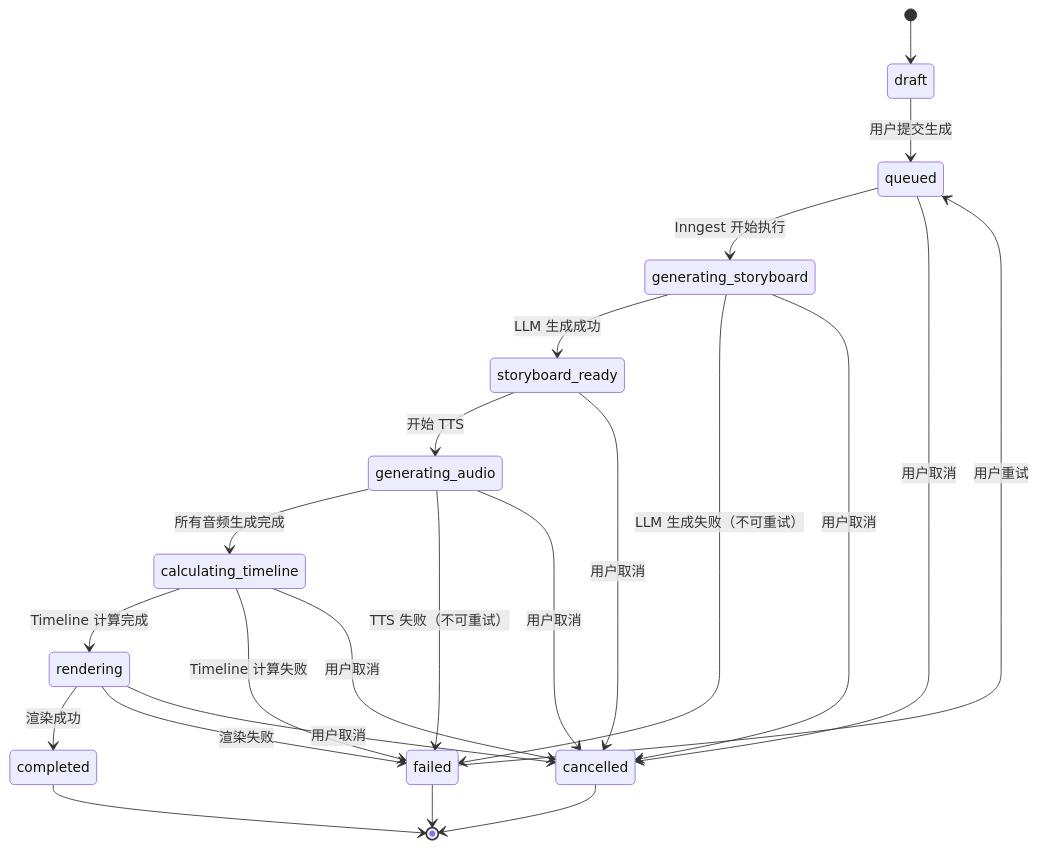
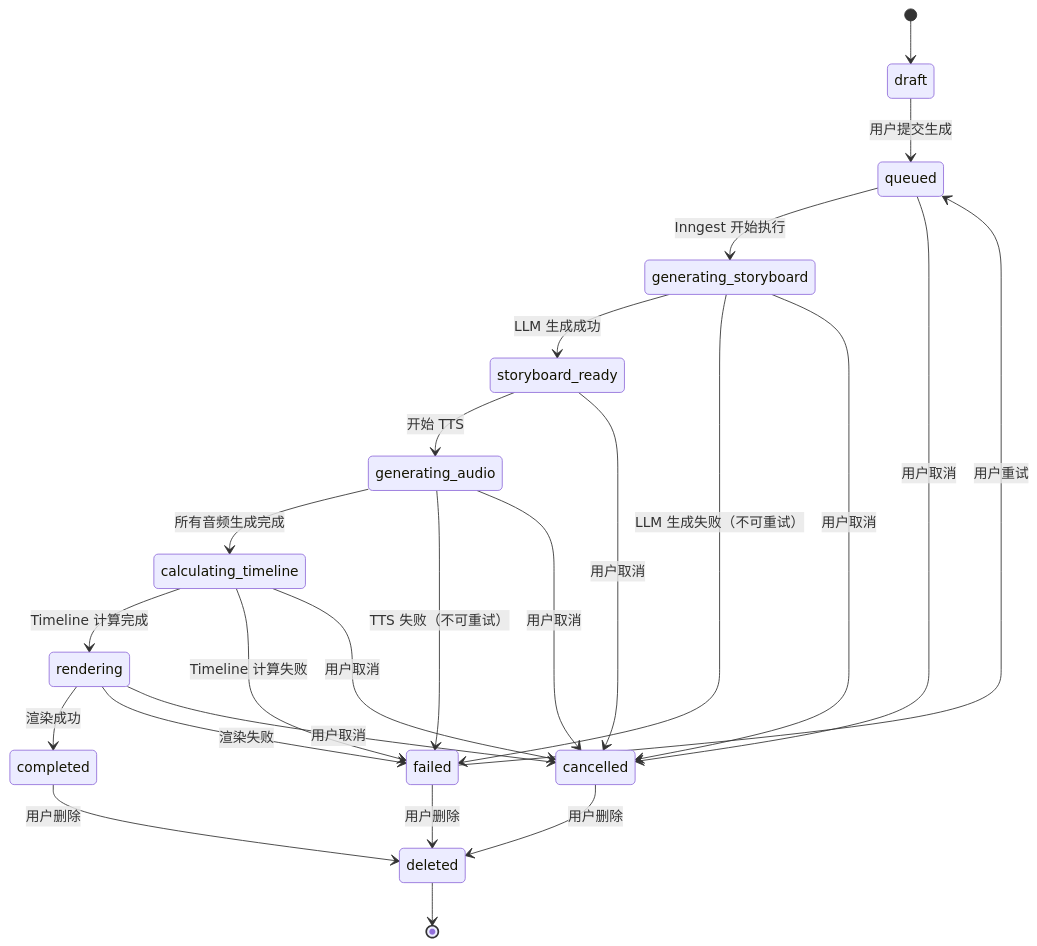
The eighth of 14 diagrams in 项目/Volcano/Changes/TDD_AI文本转PPT微课视频平台.md (H-1234-S/Note), drawn with Mermaid before and after one commit. The commit also changed other lines of this file, not shown here.

````diff
--- a/项目/Volcano/Changes/TDD_AI文本转PPT微课视频平台.md
+++ b/项目/Volcano/Changes/TDD_AI文本转PPT微课视频平台.md
@@ -1338,32 +1376,34 @@
 ```mermaid
 stateDiagram-v2
     [*] --> draft
     draft --> queued: 用户提交生成
     queued --> generating_storyboard: Inngest 开始执行
     
     generating_storyboard --> storyboard_ready: LLM 生成成功
     generating_storyboard --> failed: LLM 生成失败（不可重试）
     
     storyboard_ready --> generating_audio: 开始 TTS
     generating_audio --> calculating_timeline: 所有音频生成完成
     generating_audio --> failed: TTS 失败（不可重试）
     
     calculating_timeline --> rendering: Timeline 计算完成
     calculating_timeline --> failed: Timeline 计算失败
     
     rendering --> completed: 渲染成功
     rendering --> failed: 渲染失败
     
     failed --> queued: 用户重试
     
     queued --> cancelled: 用户取消
     generating_storyboard --> cancelled: 用户取消
     storyboard_ready --> cancelled: 用户取消
     generating_audio --> cancelled: 用户取消
     calculating_timeline --> cancelled: 用户取消
     rendering --> cancelled: 用户取消
     
-    completed --> [*]
-    failed --> [*]
-    cancelled --> [*]
+    completed --> deleted: 用户删除
+    failed --> deleted: 用户删除
+    cancelled --> deleted: 用户删除
+    
+    deleted --> [*]
 ```
````
